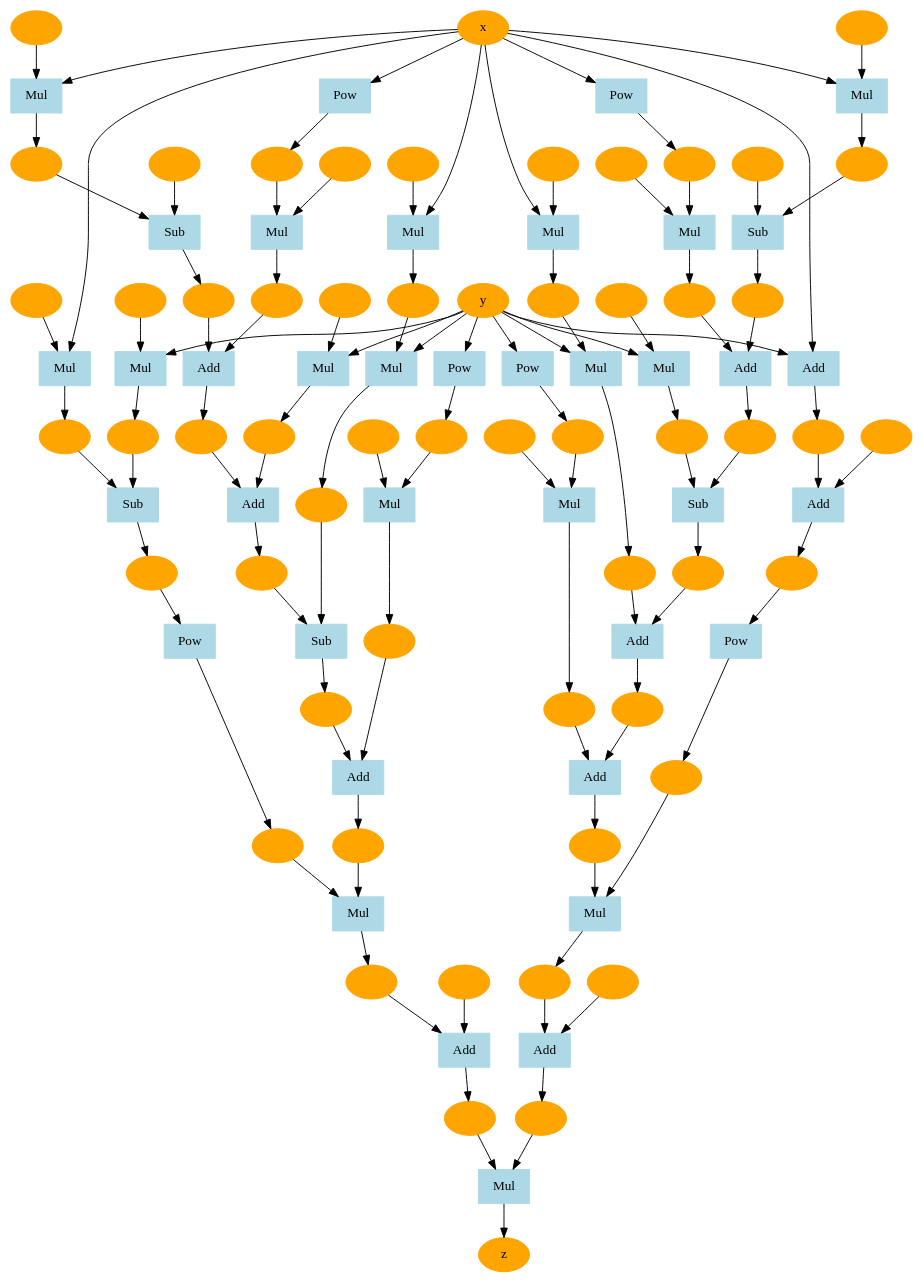
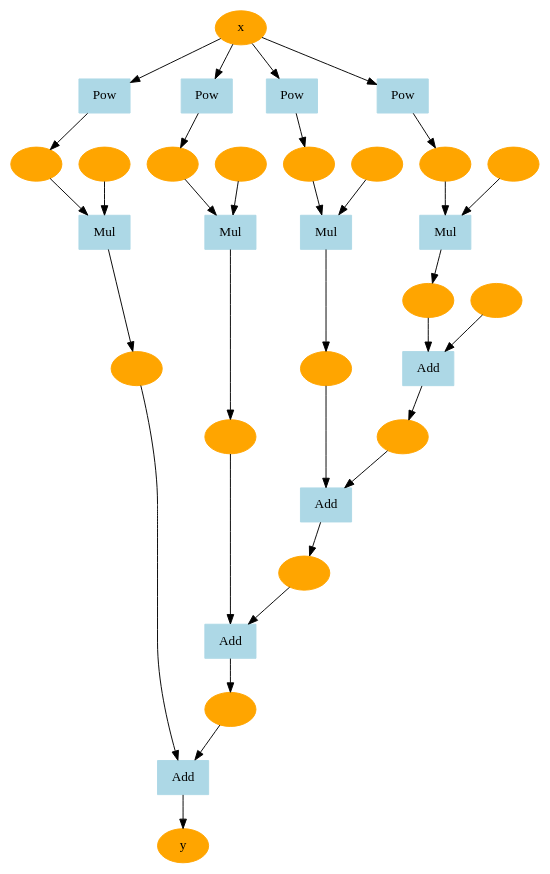
The diagram in steps/.dezero/tmp_graph.dot (A-sy-coding/deep-learning_3), drawn with Graphviz before and after one commit. The commit also changed 5 other files, not shown here.

```diff
--- a/steps/.dezero/tmp_graph.dot
+++ b/steps/.dezero/tmp_graph.dot
@@ -1,219 +1,67 @@
 digraph g {
-2430231667912 [label="z" , color=orange, style=filled]
-2430231667464 [label=Mul, color=lightblue, style=filled, shape=box]
-2430231655176 -> 2430231667464
-2430231667656 -> 2430231667464
-2430231667464 -> 2430231667912
-2430231655176 [label="" , color=orange, style=filled]
-2430231667656 [label="" , color=orange, style=filled]
-2430231667208 [label=Add, color=lightblue, style=filled, shape=box]
-2430231667336 -> 2430231667208
-2430231667528 -> 2430231667208
-2430231667208 -> 2430231667656
-2430231667336 [label="" , color=orange, style=filled]
-2430231667528 [label="" , color=orange, style=filled]
-2430231666952 [label=Mul, color=lightblue, style=filled, shape=box]
-2430231655816 -> 2430231666952
-2430231667080 -> 2430231666952
-2430231666952 -> 2430231667336
-2430231655816 [label="" , color=orange, style=filled]
-2430231667080 [label="" , color=orange, style=filled]
-2430231658376 [label=Add, color=lightblue, style=filled, shape=box]
-2430231657992 -> 2430231658376
-2430231666824 -> 2430231658376
-2430231658376 -> 2430231667080
-2430231657992 [label="" , color=orange, style=filled]
-2430231666824 [label="" , color=orange, style=filled]
-2430231658120 [label=Mul, color=lightblue, style=filled, shape=box]
-2430231658248 -> 2430231658120
-2430231658440 -> 2430231658120
-2430231658120 -> 2430231666824
-2430231658248 [label="" , color=orange, style=filled]
-2430231658440 [label="" , color=orange, style=filled]
-2430231657864 [label=Pow, color=lightblue, style=filled, shape=box]
-2429955768776 -> 2430231657864
-2430231657864 -> 2430231658248
-2429955768776 [label="y" , color=orange, style=filled]
-2430231657608 [label=Sub, color=lightblue, style=filled, shape=box]
-2430231657160 -> 2430231657608
-2430231657736 -> 2430231657608
-2430231657608 -> 2430231657992
-2430231657160 [label="" , color=orange, style=filled]
-2430231657736 [label="" , color=orange, style=filled]
-2430231657288 [label=Mul, color=lightblue, style=filled, shape=box]
-2430231657480 -> 2430231657288
-2429955768776 -> 2430231657288
-2430231657288 -> 2430231657736
-2430231657480 [label="" , color=orange, style=filled]
-2429955768776 [label="y" , color=orange, style=filled]
-2430231657032 [label=Mul, color=lightblue, style=filled, shape=box]
-2429955768520 -> 2430231657032
-2430231657352 -> 2430231657032
-2430231657032 -> 2430231657480
-2429955768520 [label="x" , color=orange, style=filled]
-2430231657352 [label="" , color=orange, style=filled]
-2430231656712 [label=Add, color=lightblue, style=filled, shape=box]
-2430231656648 -> 2430231656712
-2430231656904 -> 2430231656712
-2430231656712 -> 2430231657160
-2430231656648 [label="" , color=orange, style=filled]
-2430231656904 [label="" , color=orange, style=filled]
-2430231656584 [label=Mul, color=lightblue, style=filled, shape=box]
-2429955768776 -> 2430231656584
-2430231656776 -> 2430231656584
-2430231656584 -> 2430231656904
-2429955768776 [label="y" , color=orange, style=filled]
-2430231656776 [label="" , color=orange, style=filled]
-2430231656392 [label=Add, color=lightblue, style=filled, shape=box]
-2430231656200 -> 2430231656392
-2430231656520 -> 2430231656392
-2430231656392 -> 2430231656648
-2430231656200 [label="" , color=orange, style=filled]
-2430231656520 [label="" , color=orange, style=filled]
-2430231656264 [label=Mul, color=lightblue, style=filled, shape=box]
-2430231656328 -> 2430231656264
-2430231656456 -> 2430231656264
-2430231656264 -> 2430231656520
-2430231656328 [label="" , color=orange, style=filled]
-2430231656456 [label="" , color=orange, style=filled]
-2430231656072 [label=Pow, color=lightblue, style=filled, shape=box]
-2429955768520 -> 2430231656072
-2430231656072 -> 2430231656328
-2429955768520 [label="x" , color=orange, style=filled]
-2430231655880 [label=Sub, color=lightblue, style=filled, shape=box]
-2430231656136 -> 2430231655880
-2430231656008 -> 2430231655880
-2430231655880 -> 2430231656200
-2430231656136 [label="" , color=orange, style=filled]
-2430231656008 [label="" , color=orange, style=filled]
-2430231655752 [label=Mul, color=lightblue, style=filled, shape=box]
-2429955768520 -> 2430231655752
-2430231655944 -> 2430231655752
-2430231655752 -> 2430231656008
-2429955768520 [label="x" , color=orange, style=filled]
-2430231655944 [label="" , color=orange, style=filled]
-2430231655624 [label=Pow, color=lightblue, style=filled, shape=box]
-2430231655688 -> 2430231655624
-2430231655624 -> 2430231655816
-2430231655688 [label="" , color=orange, style=filled]
-2430231655432 [label=Sub, color=lightblue, style=filled, shape=box]
-2430231655368 -> 2430231655432
-2430231655560 -> 2430231655432
-2430231655432 -> 2430231655688
-2430231655368 [label="" , color=orange, style=filled]
-2430231655560 [label="" , color=orange, style=filled]
-2430231655240 [label=Mul, color=lightblue, style=filled, shape=box]
-2429955768776 -> 2430231655240
-2430231655496 -> 2430231655240
-2430231655240 -> 2430231655560
-2429955768776 [label="y" , color=orange, style=filled]
-2430231655496 [label="" , color=orange, style=filled]
-2430231655048 [label=Mul, color=lightblue, style=filled, shape=box]
-2429955768520 -> 2430231655048
-2430231655304 -> 2430231655048
-2430231655048 -> 2430231655368
-2429955768520 [label="x" , color=orange, style=filled]
-2430231655304 [label="" , color=orange, style=filled]
-2430231654920 [label=Add, color=lightblue, style=filled, shape=box]
-2430231654984 -> 2430231654920
-2430231655112 -> 2430231654920
-2430231654920 -> 2430231655176
-2430231654984 [label="" , color=orange, style=filled]
-2430231655112 [label="" , color=orange, style=filled]
-2430231654792 [label=Mul, color=lightblue, style=filled, shape=box]
-2430231640520 -> 2430231654792
-2430231654856 -> 2430231654792
-2430231654792 -> 2430231654984
-2430231640520 [label="" , color=orange, style=filled]
-2430231654856 [label="" , color=orange, style=filled]
-2430231654600 [label=Add, color=lightblue, style=filled, shape=box]
-2430231642056 -> 2430231654600
-2430231654728 -> 2430231654600
-2430231654600 -> 2430231654856
-2430231642056 [label="" , color=orange, style=filled]
-2430231654728 [label="" , color=orange, style=filled]
-2430231654472 [label=Mul, color=lightblue, style=filled, shape=box]
-2430231654536 -> 2430231654472
-2430231654664 -> 2430231654472
-2430231654472 -> 2430231654728
-2430231654536 [label="" , color=orange, style=filled]
-2430231654664 [label="" , color=orange, style=filled]
-2430231641992 [label=Pow, color=lightblue, style=filled, shape=box]
-2429955768776 -> 2430231641992
-2430231641992 -> 2430231654536
-2429955768776 [label="y" , color=orange, style=filled]
-2430231641864 [label=Add, color=lightblue, style=filled, shape=box]
-2430231641608 -> 2430231641864
-2430231641928 -> 2430231641864
-2430231641864 -> 2430231642056
-2430231641608 [label="" , color=orange, style=filled]
-2430231641928 [label="" , color=orange, style=filled]
-2430231641672 [label=Mul, color=lightblue, style=filled, shape=box]
-2430231641800 -> 2430231641672
-2429955768776 -> 2430231641672
-2430231641672 -> 2430231641928
-2430231641800 [label="" , color=orange, style=filled]
-2429955768776 [label="y" , color=orange, style=filled]
-2430231641544 [label=Mul, color=lightblue, style=filled, shape=box]
-2429955768520 -> 2430231641544
-2430231641736 -> 2430231641544
-2430231641544 -> 2430231641800
-2429955768520 [label="x" , color=orange, style=filled]
-2430231641736 [label="" , color=orange, style=filled]
-2430231641352 [label=Sub, color=lightblue, style=filled, shape=box]
-2430231641288 -> 2430231641352
-2430231641480 -> 2430231641352
-2430231641352 -> 2430231641608
-2430231641288 [label="" , color=orange, style=filled]
-2430231641480 [label="" , color=orange, style=filled]
-2430231641224 [label=Mul, color=lightblue, style=filled, shape=box]
-2429955768776 -> 2430231641224
-2430231641416 -> 2430231641224
-2430231641224 -> 2430231641480
-2429955768776 [label="y" , color=orange, style=filled]
-2430231641416 [label="" , color=orange, style=filled]
-2430231641032 [label=Add, color=lightblue, style=filled, shape=box]
-2430231640904 -> 2430231641032
-2430231641160 -> 2430231641032
-2430231641032 -> 2430231641288
-2430231640904 [label="" , color=orange, style=filled]
-2430231641160 [label="" , color=orange, style=filled]
-2430231640776 [label=Mul, color=lightblue, style=filled, shape=box]
-2430231640968 -> 2430231640776
-2430231641096 -> 2430231640776
-2430231640776 -> 2430231641160
-2430231640968 [label="" , color=orange, style=filled]
-2430231641096 [label="" , color=orange, style=filled]
-2429982782344 [label=Pow, color=lightblue, style=filled, shape=box]
-2429955768520 -> 2429982782344
-2429982782344 -> 2430231640968
-2429955768520 [label="x" , color=orange, style=filled]
-2430231640584 [label=Sub, color=lightblue, style=filled, shape=box]
-2430231640840 -> 2430231640584
-2430231640712 -> 2430231640584
-2430231640584 -> 2430231640904
-2430231640840 [label="" , color=orange, style=filled]
-2430231640712 [label="" , color=orange, style=filled]
-2430231640456 [label=Mul, color=lightblue, style=filled, shape=box]
-2429955768520 -> 2430231640456
-2430231640648 -> 2430231640456
-2430231640456 -> 2430231640712
-2429955768520 [label="x" , color=orange, style=filled]
-2430231640648 [label="" , color=orange, style=filled]
-2430231640264 [label=Pow, color=lightblue, style=filled, shape=box]
-2430231640392 -> 2430231640264
-2430231640264 -> 2430231640520
-2430231640392 [label="" , color=orange, style=filled]
-2429955746568 [label=Add, color=lightblue, style=filled, shape=box]
-2430231480712 -> 2429955746568
-2430231640328 -> 2429955746568
-2429955746568 -> 2430231640392
-2430231480712 [label="" , color=orange, style=filled]
-2430231640328 [label="" , color=orange, style=filled]
-2430231278152 [label=Add, color=lightblue, style=filled, shape=box]
-2429955768520 -> 2430231278152
-2429955768776 -> 2430231278152
-2430231278152 -> 2430231480712
-2429955768520 [label="x" , color=orange, style=filled]
-2429955768776 [label="y" , color=orange, style=filled]
+2538063733768 [label="y" , color=orange, style=filled]
+2538063733512 [label=Add, color=lightblue, style=filled, shape=box]
+2538063733320 -> 2538063733512
+2538063733640 -> 2538063733512
+2538063733512 -> 2538063733768
+2538063733320 [label="" , color=orange, style=filled]
+2538063733640 [label="" , color=orange, style=filled]
+2538063733384 [label=Mul, color=lightblue, style=filled, shape=box]
+2538063733448 -> 2538063733384
+2538063733576 -> 2538063733384
+2538063733384 -> 2538063733640
+2538063733448 [label="" , color=orange, style=filled]
+2538063733576 [label="" , color=orange, style=filled]
+2538063733256 [label=Pow, color=lightblue, style=filled, shape=box]
+2537787826312 -> 2538063733256
+2538063733256 -> 2538063733448
+2537787826312 [label="x" , color=orange, style=filled]
+2538063733064 [label=Add, color=lightblue, style=filled, shape=box]
+2538063732872 -> 2538063733064
+2538063733192 -> 2538063733064
+2538063733064 -> 2538063733320
+2538063732872 [label="" , color=orange, style=filled]
+2538063733192 [label="" , color=orange, style=filled]
+2538063732936 [label=Mul, color=lightblue, style=filled, shape=box]
+2538063733000 -> 2538063732936
+2538063733128 -> 2538063732936
+2538063732936 -> 2538063733192
+2538063733000 [label="" , color=orange, style=filled]
+2538063733128 [label="" , color=orange, style=filled]
+2538063732808 [label=Pow, color=lightblue, style=filled, shape=box]
+2537787826312 -> 2538063732808
+2538063732808 -> 2538063733000
+2537787826312 [label="x" , color=orange, style=filled]
+2538060896456 [label=Add, color=lightblue, style=filled, shape=box]
+2538063715976 -> 2538060896456
+2538063716296 -> 2538060896456
+2538060896456 -> 2538063732872
+2538063715976 [label="" , color=orange, style=filled]
+2538063716296 [label="" , color=orange, style=filled]
+2538063716040 [label=Mul, color=lightblue, style=filled, shape=box]
+2538063716104 -> 2538063716040
+2538063716232 -> 2538063716040
+2538063716040 -> 2538063716296
+2538063716104 [label="" , color=orange, style=filled]
+2538063716232 [label="" , color=orange, style=filled]
+2538063713480 [label=Pow, color=lightblue, style=filled, shape=box]
+2537787826312 -> 2538063713480
+2538063713480 -> 2538063716104
+2537787826312 [label="x" , color=orange, style=filled]
+2537787833864 [label=Add, color=lightblue, style=filled, shape=box]
+2538063366856 -> 2537787833864
+2538063715912 -> 2537787833864
+2537787833864 -> 2538063715976
+2538063366856 [label="" , color=orange, style=filled]
+2538063715912 [label="" , color=orange, style=filled]
+2537787829192 [label=Mul, color=lightblue, style=filled, shape=box]
+2538063662856 -> 2537787829192
+2538063366088 -> 2537787829192
+2537787829192 -> 2538063366856
+2538063662856 [label="" , color=orange, style=filled]
+2538063366088 [label="" , color=orange, style=filled]
+2537787826248 [label=Pow, color=lightblue, style=filled, shape=box]
+2537787826312 -> 2537787826248
+2537787826248 -> 2538063662856
+2537787826312 [label="x" , color=orange, style=filled]
 }
```
